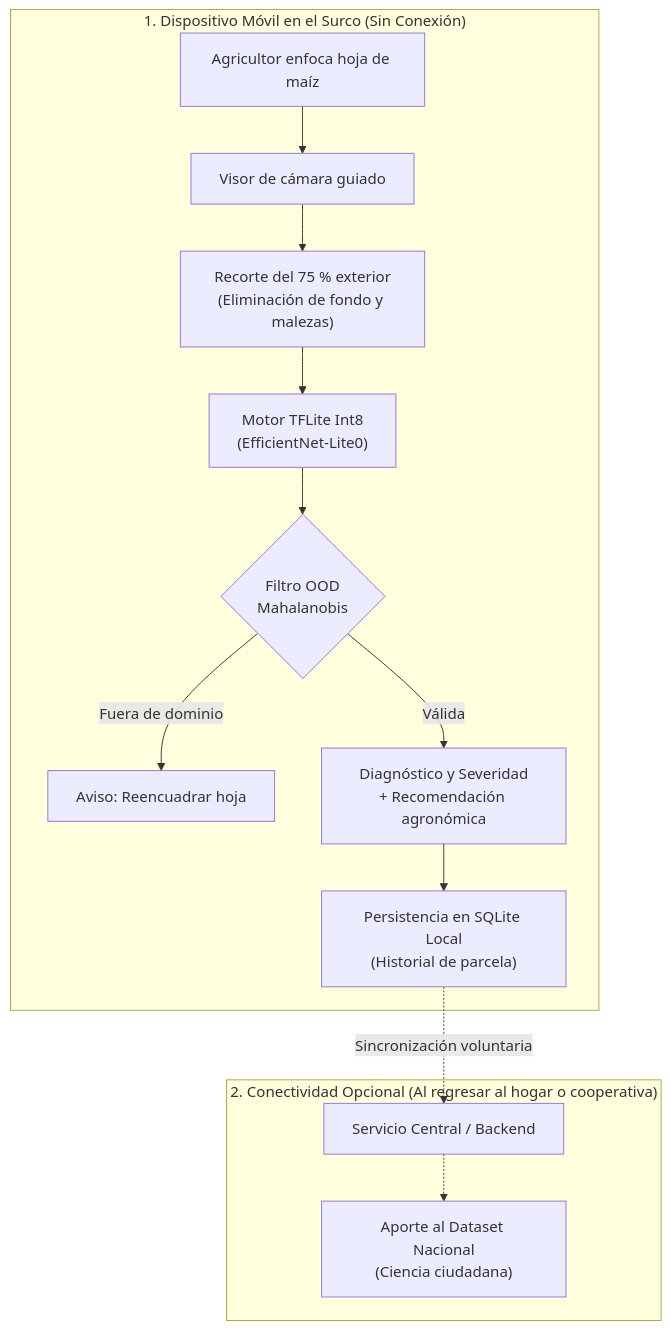
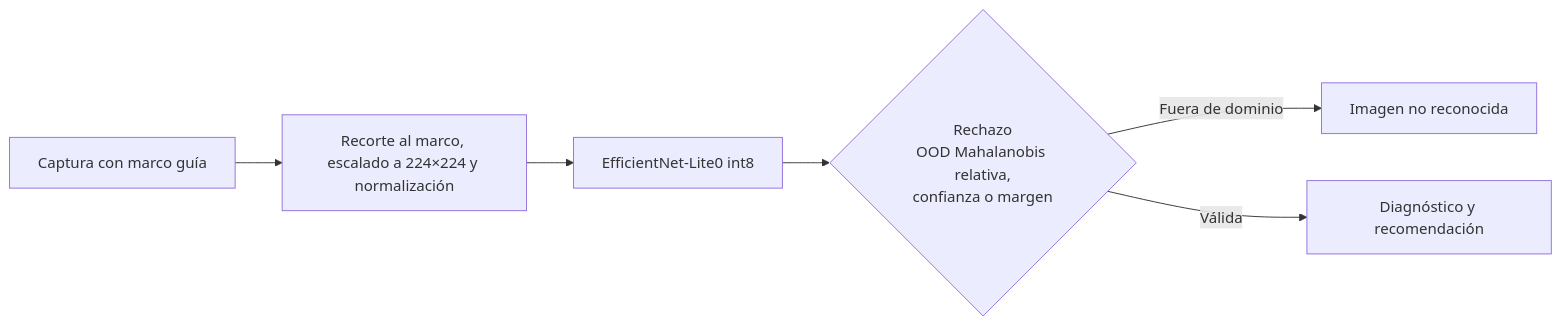
The diagram in docs/es/guia/index.md (daiv05/maize-doctor-classifier), drawn with Mermaid before and after one commit. The commit also changed other lines of this file and 359 other files, not shown here.

````diff
--- a/docs/es/guia/index.md
+++ b/docs/es/guia/index.md
@@ -157,17 +15,8 @@
 ```mermaid
-flowchart TD
-    subgraph Campo["1. Dispositivo Móvil en el Surco (Sin Conexión)"]
-        A["Agricultor enfoca hoja de maíz"] --> B["Visor de cámara guiado"]
-        B --> C["Recorte del 75 % exterior<br>(Eliminación de fondo y malezas)"]
-        C --> D["Motor TFLite Int8<br>(EfficientNet-Lite0)"]
-        D --> E{"Filtro OOD<br>Mahalanobis"}
-        E -- "Fuera de dominio" --> F["Aviso: Reencuadrar hoja"]
-        E -- "Válida" --> G["Diagnóstico y Severidad<br>+ Recomendación agronómica"]
-        G --> H["Persistencia en SQLite Local<br>(Historial de parcela)"]
-    end
-
-    subgraph Nube["2. Conectividad Opcional (Al regresar al hogar o cooperativa)"]
-        H -. "Sincronización voluntaria" .-> I["Servicio Central / Backend"]
-        I -.-> J["Aporte al Dataset Nacional<br>(Ciencia ciudadana)"]
-    end
+flowchart LR
+    A["Captura con marco guía"] --> B["Recorte al marco, escalado a 224×224 y normalización"]
+    B --> C["EfficientNet-Lite0 int8"]
+    C --> D{"Rechazo<br>OOD Mahalanobis relativa,<br>confianza o margen"}
+    D -- "Fuera de dominio" --> E["Imagen no reconocida"]
+    D -- "Válida" --> F["Diagnóstico y recomendación"]
 ```
````
